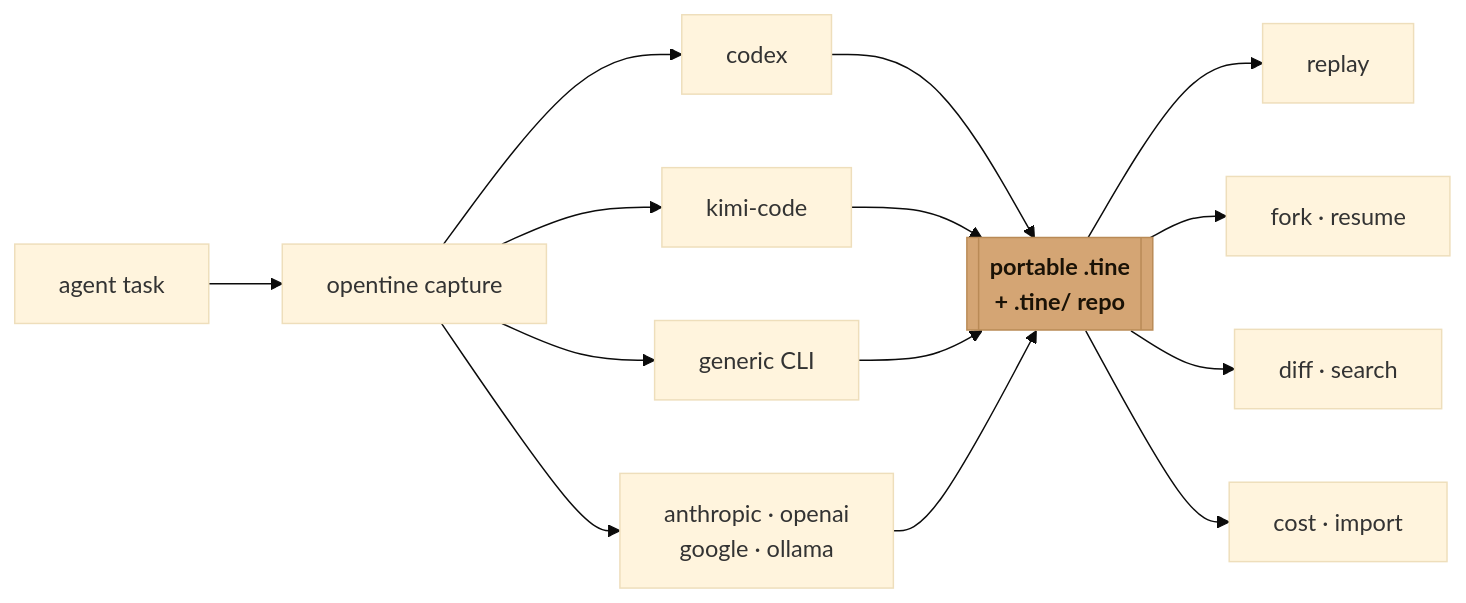
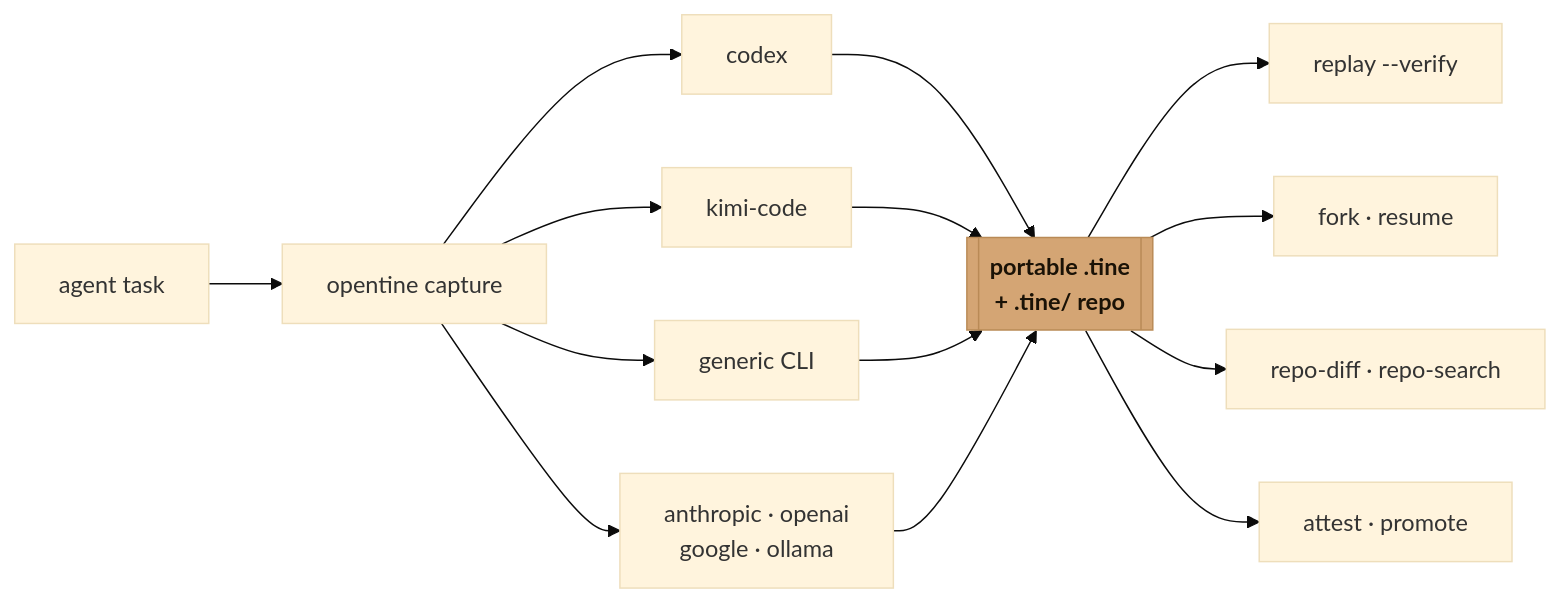
One commit to 0xcircuitbreaker/opentine changed the diagram in README.md. Above: the diagram before and after it, drawn with Mermaid (base theme). The commit also changed other lines of this file and 2 other files, not shown here.

First line of the commit message:
docs(readme): restore + refresh 0.6.0 visuals (hero terminal, run tree, harness diagram)

````diff
--- a/README.md
+++ b/README.md
@@ -489,18 +490,18 @@
 ```mermaid
 graph LR
     Task["agent task"] --> Wrap["opentine capture"]
     Wrap --> Codex["codex"]
     Wrap --> Kimi["kimi-code"]
     Wrap --> Generic["generic CLI"]
     Wrap --> SDK["anthropic · openai<br/>google · ollama"]
     Codex --> Tine
     Kimi --> Tine
     Generic --> Tine
     SDK --> Tine
-    Tine[["portable .tine<br/>+ .tine/ repo"]] --> Replay["replay"]
+    Tine[["portable .tine<br/>+ .tine/ repo"]] --> Verify["replay --verify"]
     Tine --> Fork["fork · resume"]
-    Tine --> Diff["diff · search"]
-    Tine --> Cost["cost · import"]
+    Tine --> Diff["repo-diff · repo-search"]
+    Tine --> Attest["attest · promote"]
     classDef hub fill:#d4a574,stroke:#b98a56,color:#1a1206,font-weight:bold;
     class Tine hub;
 ```
````
